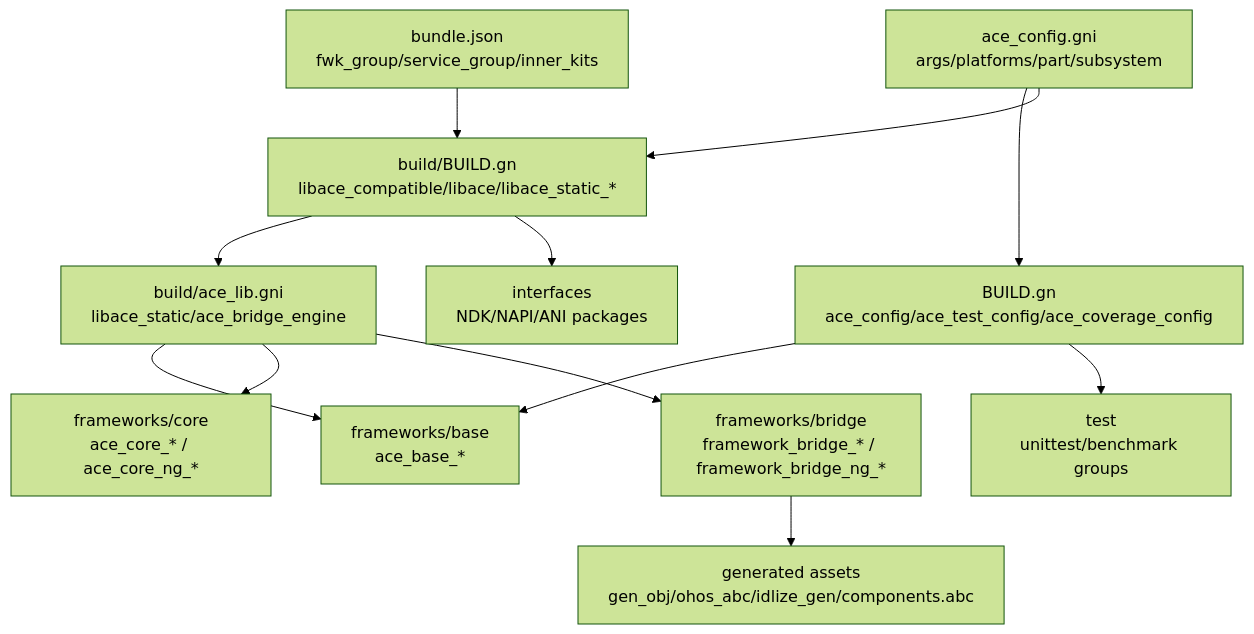
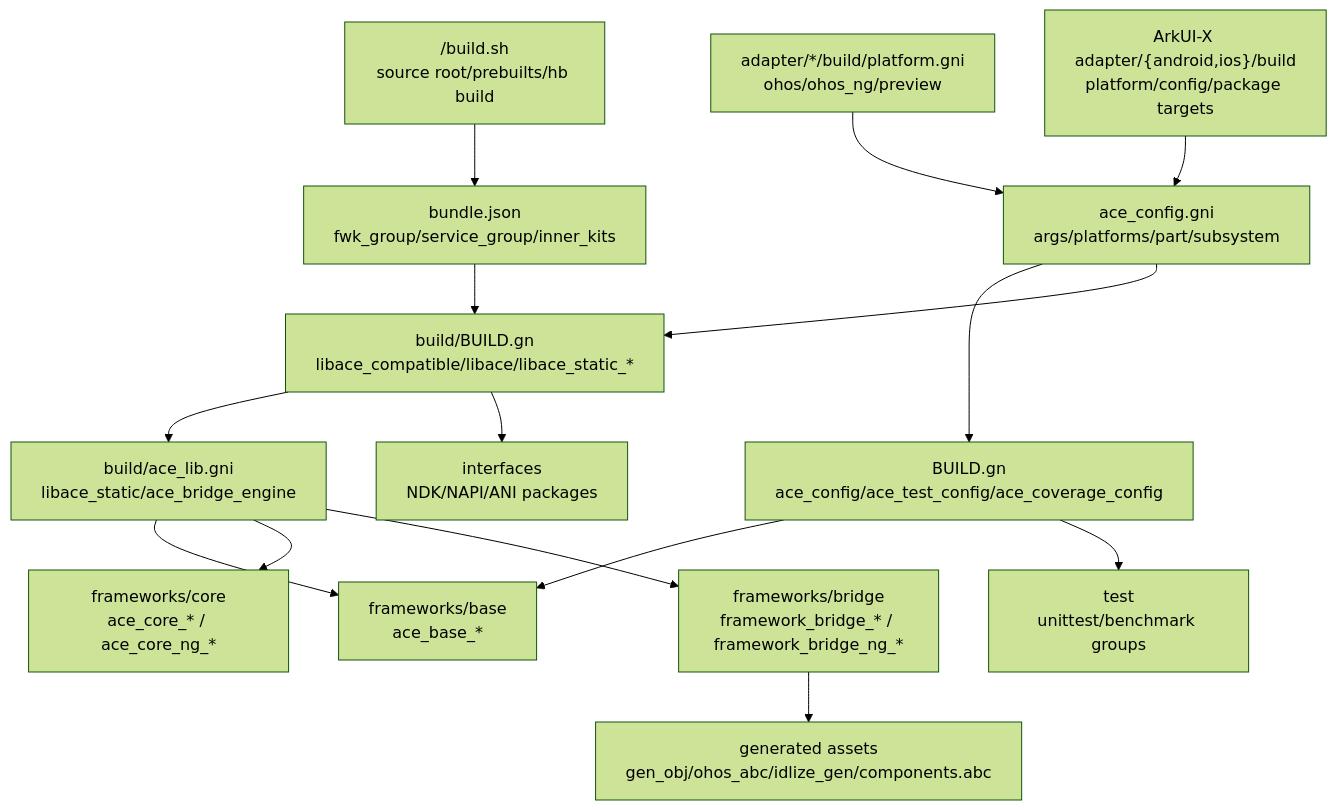
The first of 4 diagrams in 01-architecture/01-architecture-design/01-build-system/design.md (cleeshark/arkui_specs), drawn with Mermaid (forest theme) before and after one commit. The commit also changed other lines of this file and 1 other file, not shown here.

First line of the commit message:
update Feat-01-build-gn-structure-spec

````diff
--- a/01-architecture/01-architecture-design/01-build-system/design.md
+++ b/01-architecture/01-architecture-design/01-build-system/design.md
@@ -131,26 +140,32 @@
 ```mermaid
 graph TB
+  ROOT["<OH_ROOT>/build.sh<br/>source root/prebuilts/hb build"]
   BUNDLE["bundle.json<br/>fwk_group/service_group/inner_kits"]
   CFG["ace_config.gni<br/>args/platforms/part/subsystem"]
+  ADAPTER["adapter/*/build/platform.gni<br/>ohos/ohos_ng/preview"]
+  XADAPTER["ArkUI-X adapter/{android,ios}/build<br/>platform/config/package targets"]
   TOP["BUILD.gn<br/>ace_config/ace_test_config/ace_coverage_config"]
   BUILD["build/BUILD.gn<br/>libace_compatible/libace/libace_static_*"]
   LIBT["build/ace_lib.gni<br/>libace_static/ace_bridge_engine"]
   BASE["frameworks/base<br/>ace_base_*"]
   CORE["frameworks/core<br/>ace_core_* / ace_core_ng_*"]
   BRIDGE["frameworks/bridge<br/>framework_bridge_* / framework_bridge_ng_*"]
   GEN["generated assets<br/>gen_obj/ohos_abc/idlize_gen/components.abc"]
   IFACE["interfaces<br/>NDK/NAPI/ANI packages"]
   TEST["test<br/>unittest/benchmark groups"]
 
+  ROOT --> BUNDLE
   BUNDLE --> BUILD
+  ADAPTER --> CFG
+  XADAPTER --> CFG
   CFG --> TOP
   CFG --> BUILD
   TOP --> BASE
   BUILD --> LIBT
   LIBT --> BASE
   LIBT --> CORE
   LIBT --> BRIDGE
   BRIDGE --> GEN
   BUILD --> IFACE
   TOP --> TEST
 ```
````
